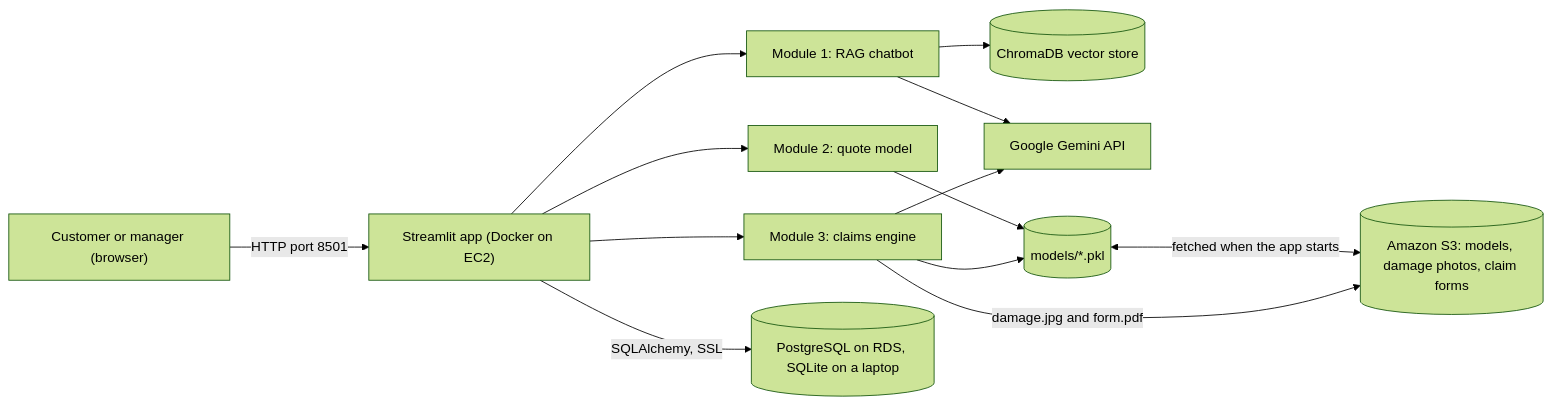
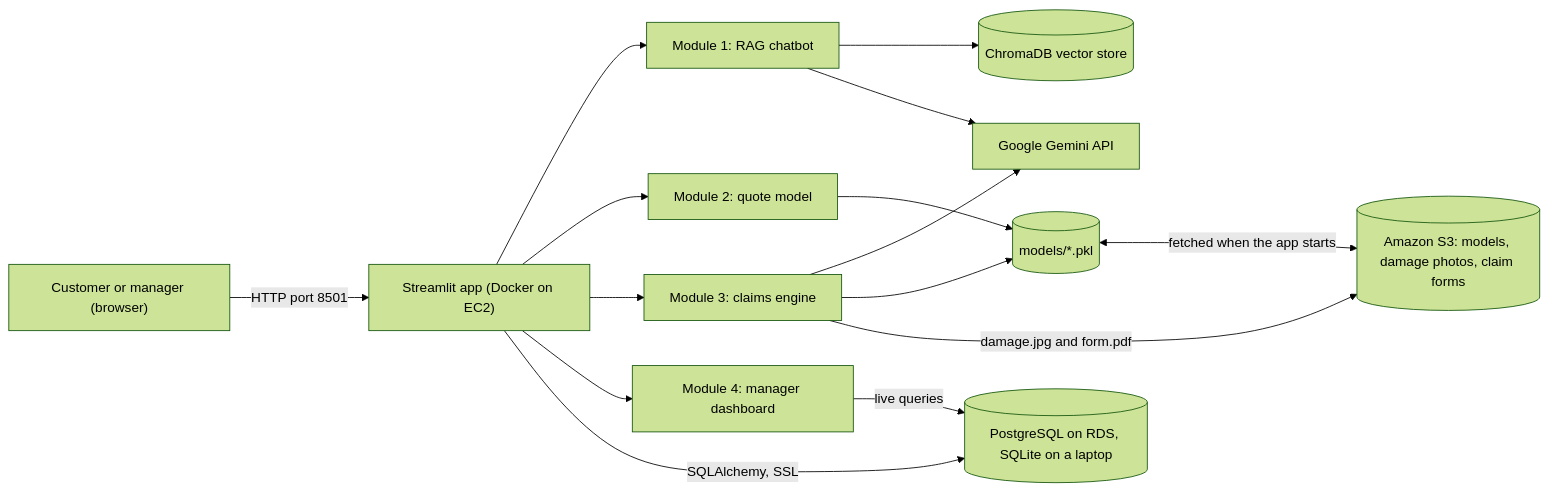
One commit to Dewakaran0416/acko-ai-platform changed the diagram in README.md. Above: the diagram before and after it, drawn with Mermaid (forest theme). The commit also changed other lines of this file and 3 other files, not shown here.

````diff
--- a/README.md
+++ b/README.md
@@ -31,15 +31,17 @@
 ```mermaid
 flowchart LR
     U["Customer or manager (browser)"] -->|"HTTP port 8501"| APP["Streamlit app (Docker on EC2)"]
     APP --> RAG["Module 1: RAG chatbot"]
     APP --> QUO["Module 2: quote model"]
     APP --> CLM["Module 3: claims engine"]
+    APP --> DSH["Module 4: manager dashboard"]
     RAG --> CHROMA[("ChromaDB vector store")]
     RAG --> GEM["Google Gemini API"]
     CLM --> GEM
     QUO --> MOD[("models/*.pkl")]
     CLM --> MOD
     MOD <-->|"fetched when the app starts"| S3[("Amazon S3: models, damage photos, claim forms")]
     CLM -->|"damage.jpg and form.pdf"| S3
     APP -->|"SQLAlchemy, SSL"| DB[("PostgreSQL on RDS, SQLite on a laptop")]
+    DSH -->|"live queries"| DB
 ```
````
